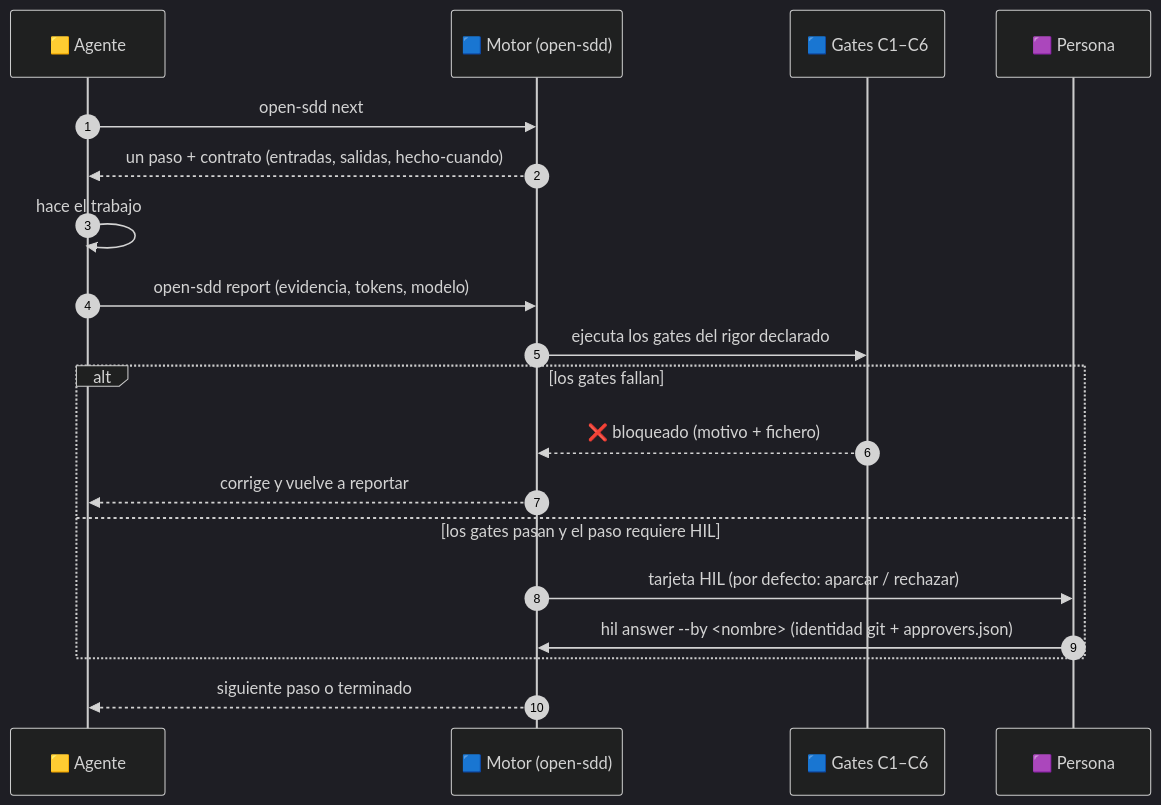
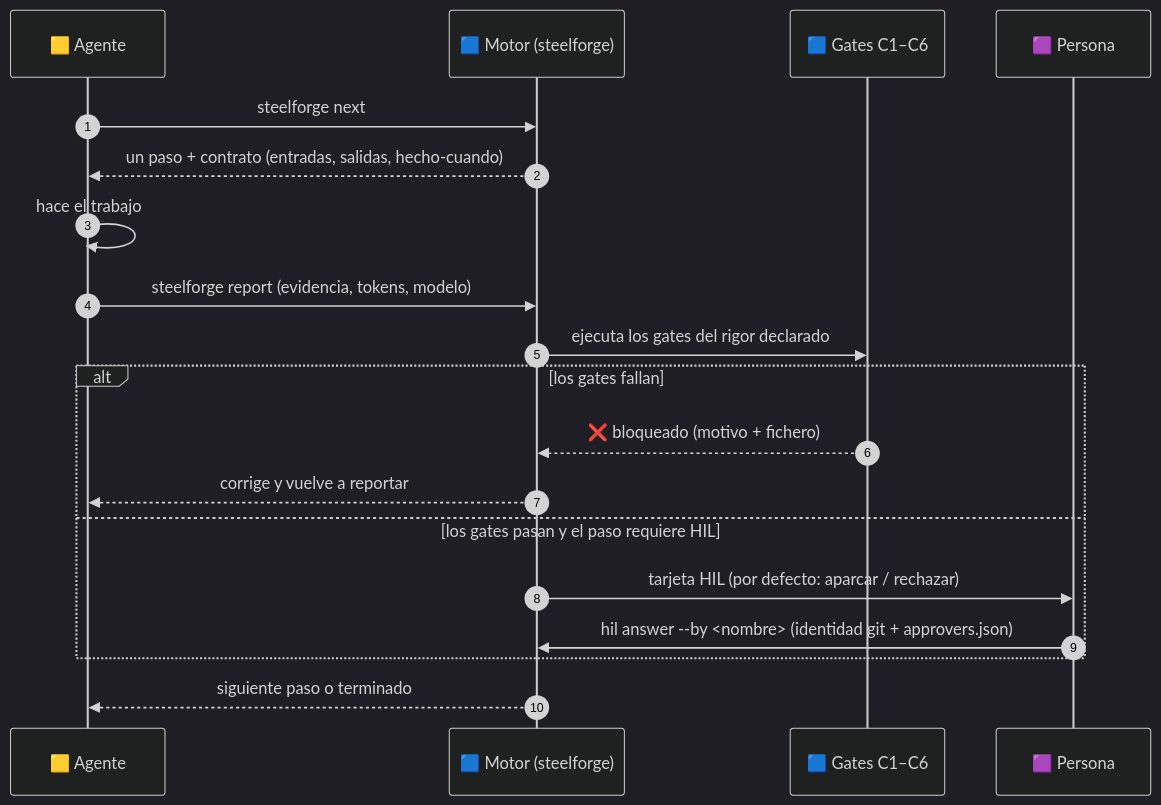
Before and after one commit to Brujo2020/OpenSDD: the fourth of 12 diagrams in README.es.md, drawn with Mermaid (dark theme). The commit also changed other lines of this file and 467 other files, not shown here.

````diff
--- a/README.es.md
+++ b/README.es.md
@@ -238,21 +250,21 @@
 ```mermaid
 sequenceDiagram
   autonumber
   participant A as 🟨 Agente
-  participant E as 🟦 Motor (open-sdd)
+  participant E as 🟦 Motor (steelforge)
   participant G as 🟦 Gates C1–C6
   participant H as 🟪 Persona
-  A->>E: open-sdd next
+  A->>E: steelforge next
   E-->>A: un paso + contrato (entradas, salidas, hecho-cuando)
   A->>A: hace el trabajo
-  A->>E: open-sdd report (evidencia, tokens, modelo)
+  A->>E: steelforge report (evidencia, tokens, modelo)
   E->>G: ejecuta los gates del rigor declarado
   alt los gates fallan
     G-->>E: ❌ bloqueado (motivo + fichero)
     E-->>A: corrige y vuelve a reportar
   else los gates pasan y el paso requiere HIL
     E->>H: tarjeta HIL (por defecto: aparcar / rechazar)
     H->>E: hil answer --by <nombre> (identidad git + approvers.json)
   end
   E-->>A: siguiente paso o terminado
 ```
````
